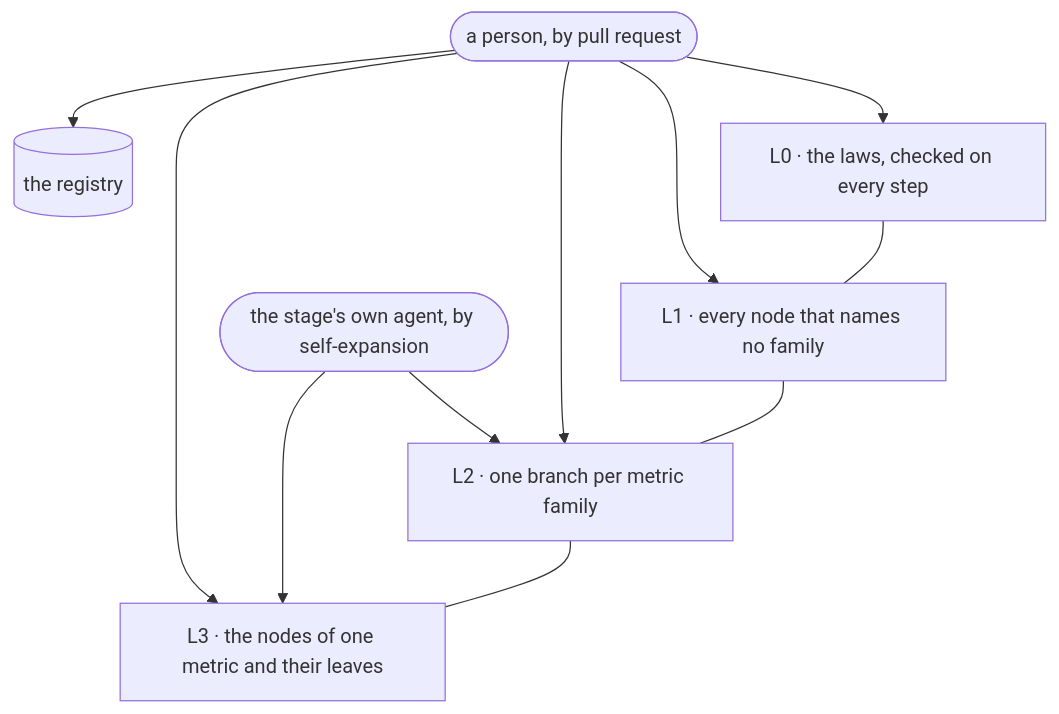
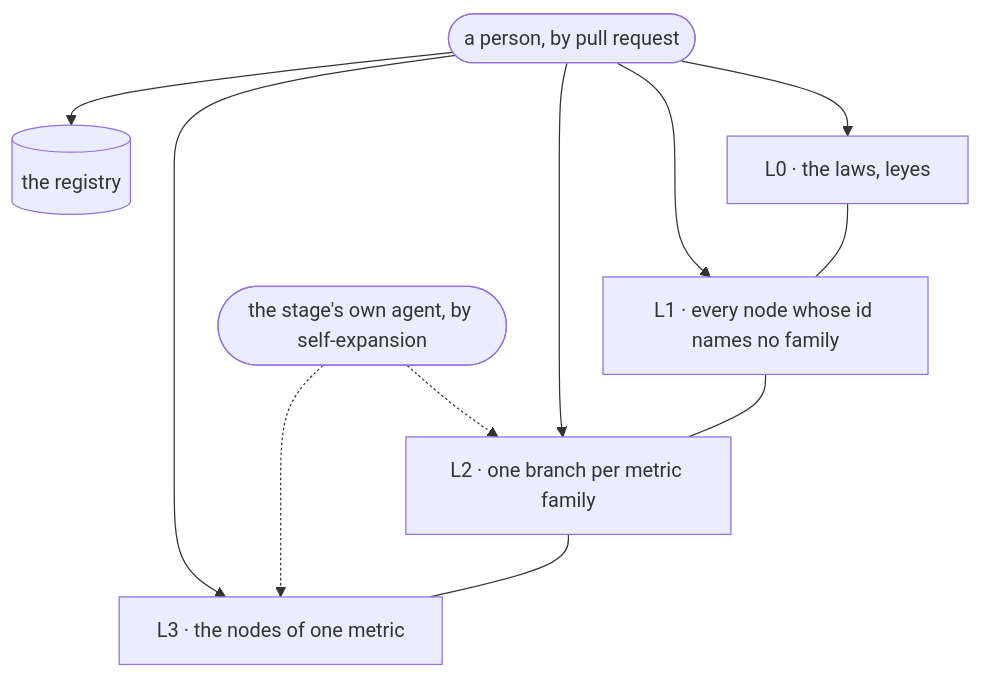
One commit to alejandroserranodev-ant/Centinela changed the second of 3 diagrams in docs/guide/chapters/decision-tree.md. Above: the diagram before and after it, drawn with Mermaid. The commit also changed other lines of this file and 9 other files, not shown here.

````diff
--- a/docs/guide/chapters/decision-tree.md
+++ b/docs/guide/chapters/decision-tree.md
@@ -74,13 +55,13 @@
 ```mermaid
 flowchart TB
-  L0["L0 · the laws, checked on every step"] --- L1["L1 · every node that names no family"]
+  L0["L0 · the laws, leyes"] --- L1["L1 · every node whose id names no family"]
   L1 --- L2["L2 · one branch per metric family"]
-  L2 --- L3["L3 · the nodes of one metric and their leaves"]
+  L2 --- L3["L3 · the nodes of one metric"]
   PR(["a person, by pull request"]) --> L0
   PR --> L1
   PR --> L2
   PR --> L3
-  AG(["the stage's own agent, by self-expansion"]) --> L2
-  AG --> L3
+  AG(["the stage's own agent, by self-expansion"]) -.-> L2
+  AG -.-> L3
   PR --> REG[("the registry")]
 ```
````
